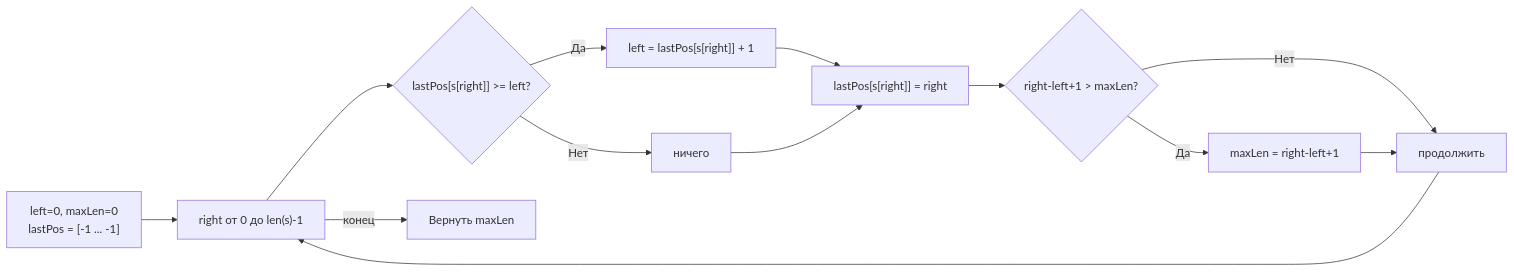
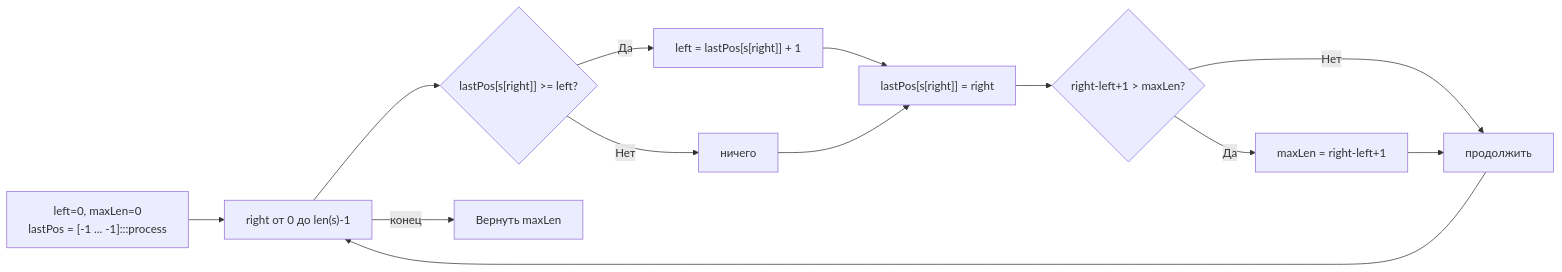
The diagram in sources/21. Задачи с LeetCode и собеседований на Go/02. Задачи/03. Скользящее окно/4. Longest Substring Without Repeating Characters.md (UnrealTemplier/go-textbook), drawn with Mermaid before and after one commit. The commit also changed 1666 other files, not shown here.

First line of the commit message:
feat(mermaid): add semantic color classDef to 1369 colorless flowchart/graph diagrams

````diff
--- a/sources/21. Задачи с LeetCode и собеседований на Go/02. Задачи/03. Скользящее окно/4. Longest Substring Without Repeating Characters.md
+++ b/sources/21. Задачи с LeetCode и собеседований на Go/02. Задачи/03. Скользящее окно/4. Longest Substring Without Repeating Characters.md
@@ -85,15 +85,25 @@
 ```mermaid
 flowchart LR
-    A["left=0, maxLen=0<br>lastPos = [-1 ... -1]"] --> B["right от 0 до len(s)-1"]
+    classDef process  fill:#1e293b,stroke:#38bdf8,stroke-width:1px,color:#f8fafc
+    classDef success  fill:#064e3b,stroke:#34d399,stroke-width:1px,color:#f8fafc
+    classDef error    fill:#7f1d1d,stroke:#f87171,stroke-width:1px,color:#f8fafc
+    classDef warning  fill:#78350f,stroke:#fbbf24,stroke-width:1px,color:#f8fafc
+    classDef entry    fill:#1e3a5f,stroke:#38bdf8,stroke-width:2px,color:#f8fafc
+    classDef aux      fill:#334155,stroke:#64748b,stroke-width:1px,color:#f8fafc
+    classDef system   fill:#312e81,stroke:#a78bfa,stroke-width:1px,color:#f8fafc
+    classDef data     fill:#132d29,stroke:#2dd4bf,stroke-width:1px,color:#f8fafc
+    classDef network  fill:#881337,stroke:#fb7185,stroke-width:1px,color:#f8fafc
+    classDef accent   fill:#1e1b4b,stroke:#818cf8,stroke-width:1px,color:#f8fafc
+    A["left=0, maxLen=0<br>lastPos = [-1 ... -1]:::process"] --> B["right от 0 до len(s)-1"]
     B --> C{"lastPos[s[right]] >= left?"}
     C -->|"Да"| D["left = lastPos[s[right]] + 1"]
     C -->|"Нет"| E["ничего"]
     D --> F["lastPos[s[right]] = right"]
     E --> F
     F --> G{"right-left+1 > maxLen?"}
     G -->|"Да"| H["maxLen = right-left+1"]
     G -->|"Нет"| I["продолжить"]
     H --> I
     I --> B
     B -->|"конец"| J["Вернуть maxLen"]
 ```
````
